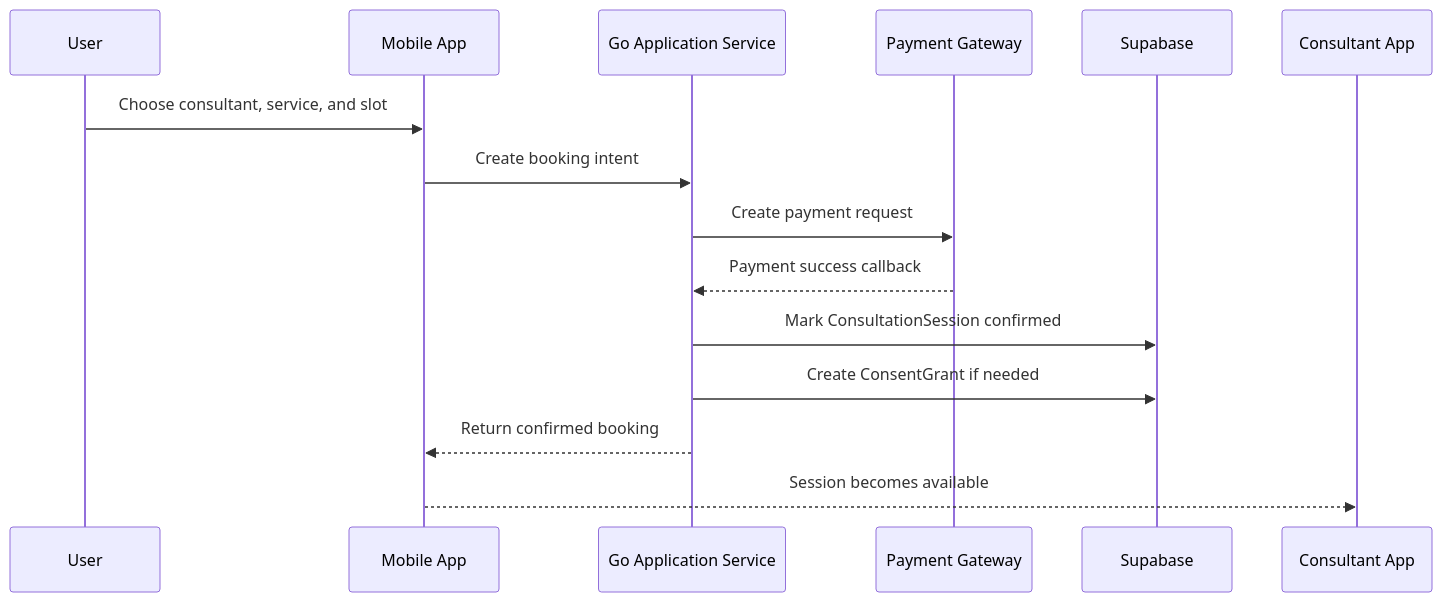
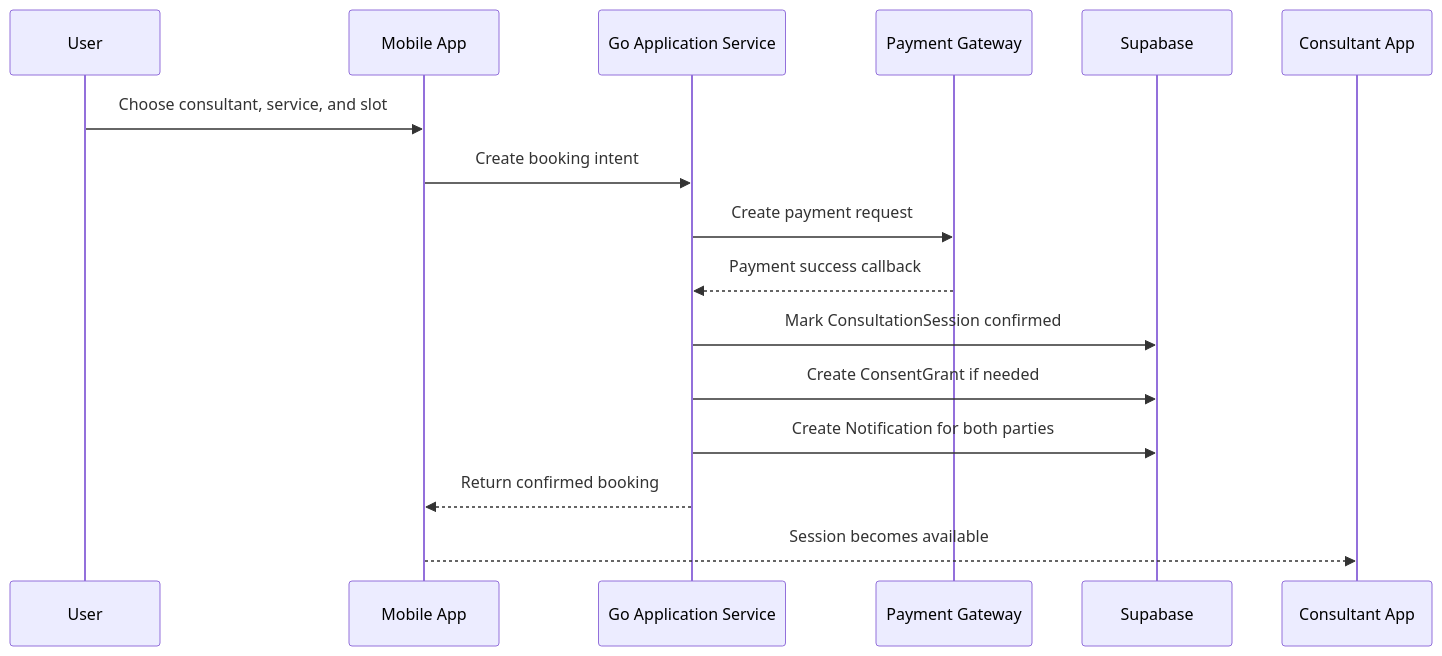
Before and after one commit to RioSudrajat/Halofin: diagram 11 of 15 in docs/tech/Architecture.md, drawn with Mermaid. The commit also changed other lines of this file and 19 other files, not shown here.

````diff
--- a/docs/tech/Architecture.md
+++ b/docs/tech/Architecture.md
@@ -349,18 +605,19 @@
 ```mermaid
 sequenceDiagram
     participant U as User
     participant C as Mobile App
     participant A as Go Application Service
     participant Pay as Payment Gateway
     participant DB as Supabase
     participant Kons as Consultant App
 
     U->>C: Choose consultant, service, and slot
     C->>A: Create booking intent
     A->>Pay: Create payment request
     Pay-->>A: Payment success callback
     A->>DB: Mark ConsultationSession confirmed
     A->>DB: Create ConsentGrant if needed
+    A->>DB: Create Notification for both parties
     A-->>C: Return confirmed booking
     C-->>Kons: Session becomes available
 ```
````
